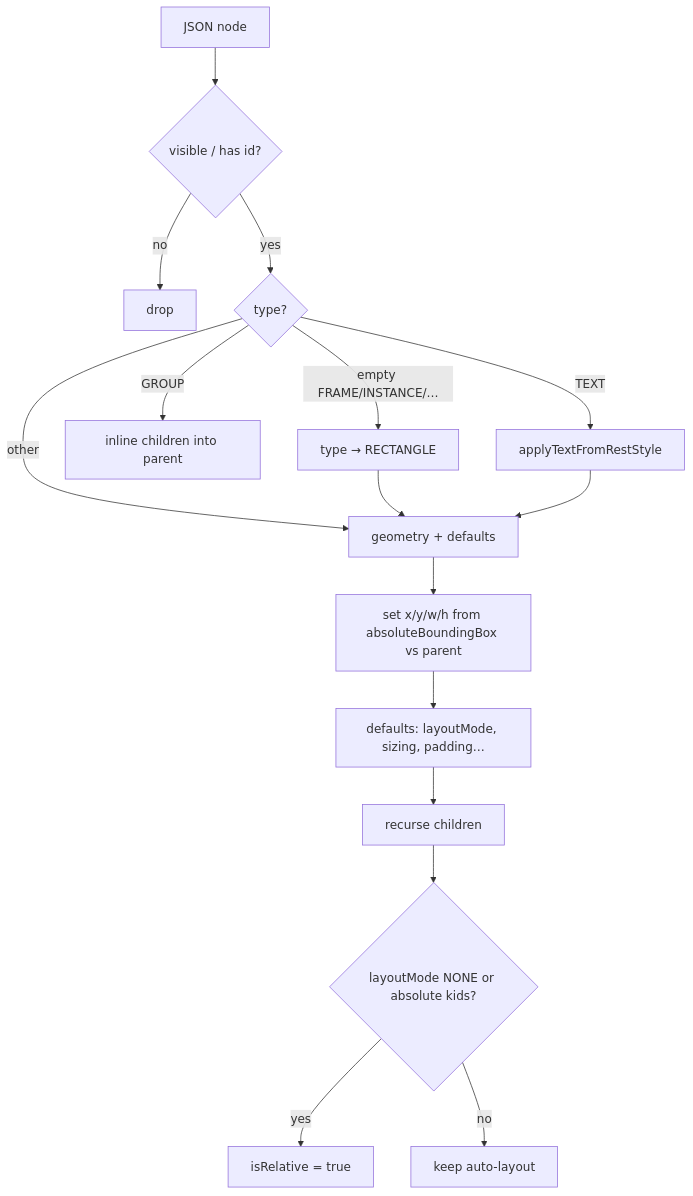
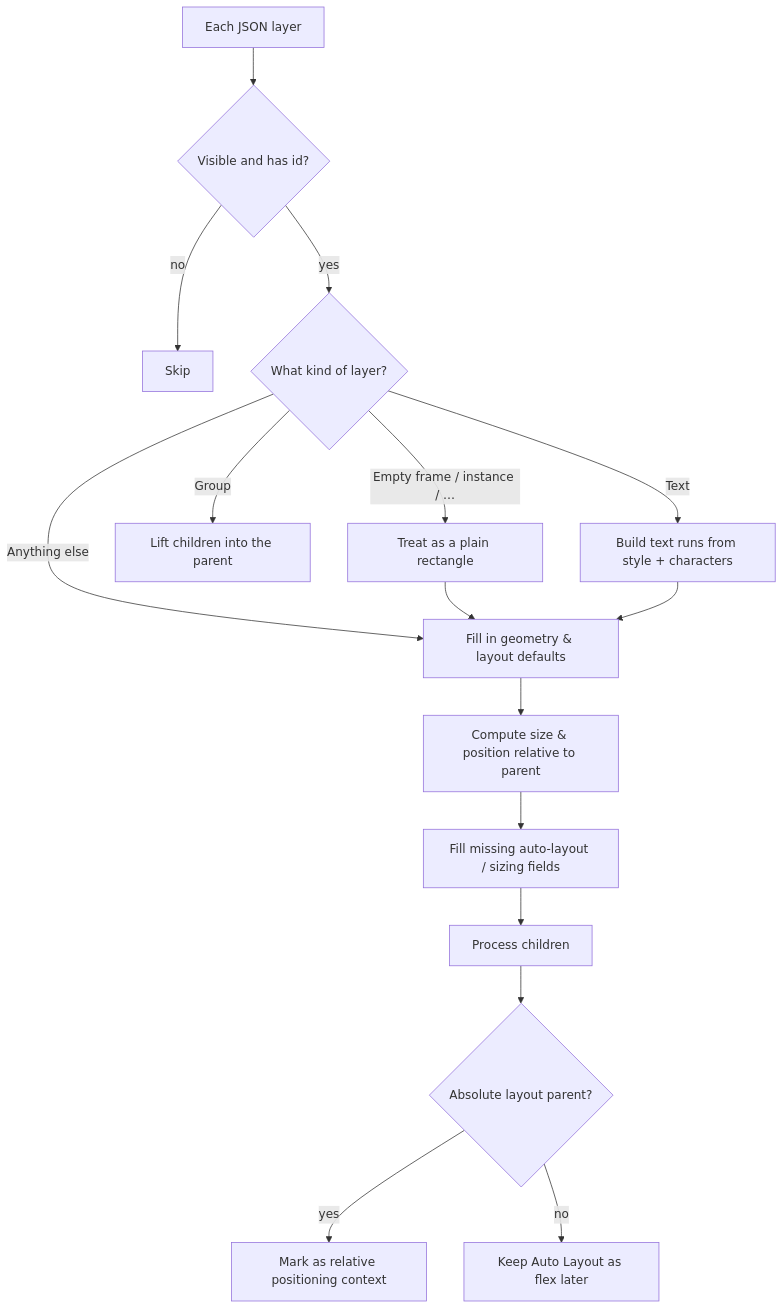
One commit to CodeByStella/FIGMA2CODE changed the third of 4 diagrams in tools/figma-layout/README.md. Above: the diagram before and after it, drawn with Mermaid. The commit also changed other lines of this file, not shown here.

````diff
--- a/tools/figma-layout/README.md
+++ b/tools/figma-layout/README.md
@@ -193,18 +186,18 @@
 ```mermaid
 flowchart TD
-  N["JSON node"] --> V{"visible / has id?"}
-  V -->|no| X["drop"]
-  V -->|yes| T{"type?"}
-  T -->|empty FRAME/INSTANCE/…| R["type → RECTANGLE"]
-  T -->|GROUP| G["inline children into parent"]
-  T -->|TEXT| S["applyTextFromRestStyle"]
-  T -->|other| P["geometry + defaults"]
+  N["Each JSON layer"] --> V{"Visible and has id?"}
+  V -->|no| X["Skip"]
+  V -->|yes| T{"What kind of layer?"}
+  T -->|Empty frame / instance / …| R["Treat as a plain rectangle"]
+  T -->|Group| G["Lift children into the parent"]
+  T -->|Text| S["Build text runs from style + characters"]
+  T -->|Anything else| P["Fill in geometry & layout defaults"]
   R --> P
   S --> P
-  P --> C["set x/y/w/h from absoluteBoundingBox vs parent"]
-  C --> D["defaults: layoutMode, sizing, padding…"]
-  D --> Kids["recurse children"]
-  Kids --> Rel{"layoutMode NONE or absolute kids?"}
-  Rel -->|yes| Abs["isRelative = true"]
-  Rel -->|no| Keep["keep auto-layout"]
+  P --> C["Compute size & position relative to parent"]
+  C --> D["Fill missing auto-layout / sizing fields"]
+  D --> Kids["Process children"]
+  Kids --> Rel{"Absolute layout parent?"}
+  Rel -->|yes| Abs["Mark as relative positioning context"]
+  Rel -->|no| Keep["Keep Auto Layout as flex later"]
 ```
````
